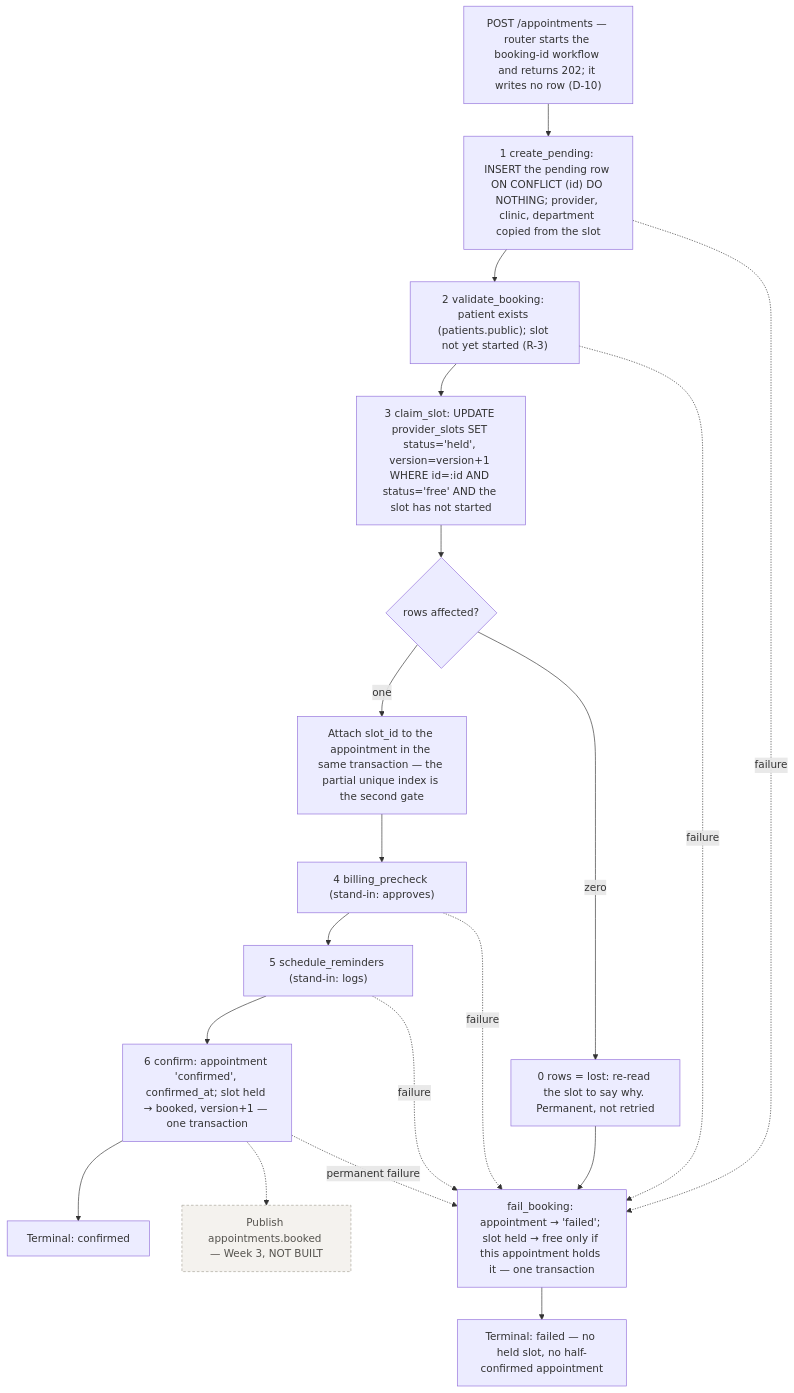
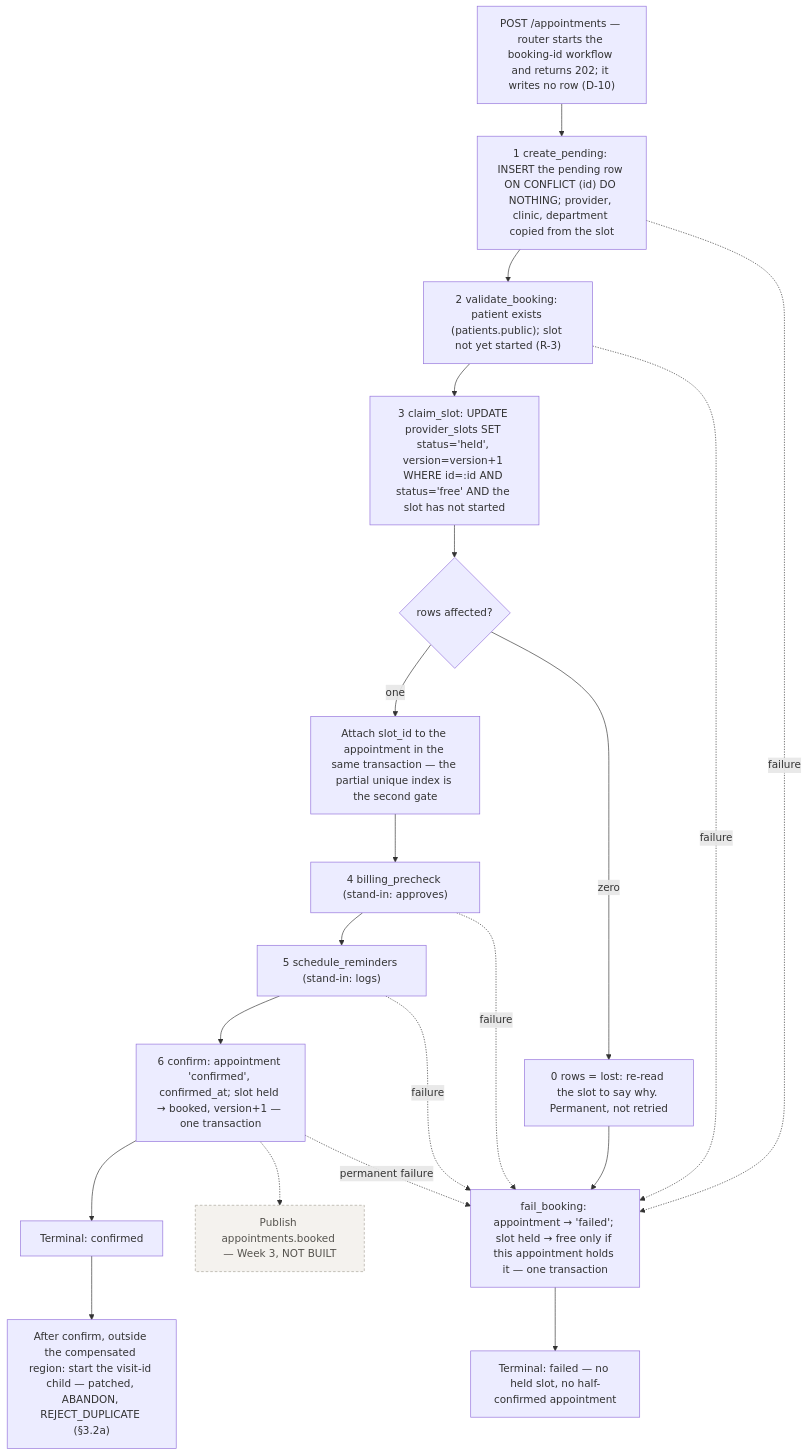
The ninth of 11 diagrams in docs/ARCHITECTURE.md (sadainiqrar/smarthealth), drawn with Mermaid before and after one commit. The commit also changed other lines of this file and 5 other files, not shown here.

````diff
--- a/docs/ARCHITECTURE.md
+++ b/docs/ARCHITECTURE.md
@@ -927,32 +1010,34 @@
 ```mermaid
 flowchart TD
     start["POST /appointments — router starts the booking-id workflow and returns 202; it writes no row (D-10)"]
     create["1 create_pending: INSERT the pending row ON CONFLICT (id) DO NOTHING; provider, clinic, department copied from the slot"]
     validate["2 validate_booking: patient exists (patients.public); slot not yet started (R-3)"]
     reserve["3 claim_slot: UPDATE provider_slots SET status='held', version=version+1 WHERE id=:id AND status='free' AND the slot has not started"]
     rows{"rows affected?"}
     conflict["0 rows = lost: re-read the slot to say why. Permanent, not retried"]
     attach["Attach slot_id to the appointment in the same transaction — the partial unique index is the second gate"]
     billing["4 billing_precheck (stand-in: approves)"]
     notify["5 schedule_reminders (stand-in: logs)"]
     confirm["6 confirm: appointment 'confirmed', confirmed_at; slot held → booked, version+1 — one transaction"]
     publish["Publish appointments.booked — Week 3, NOT BUILT"]
     done["Terminal: confirmed"]
+    visit["After confirm, outside the compensated region: start the visit-id child — patched, ABANDON, REJECT_DUPLICATE (§3.2a)"]
     comp["fail_booking: appointment → 'failed'; slot held → free only if this appointment holds it — one transaction"]
     failed["Terminal: failed — no held slot, no half-confirmed appointment"]
 
     start --> create --> validate --> reserve --> rows
     rows -->|one| attach
     rows -->|zero| conflict --> comp
     attach --> billing --> notify --> confirm --> done
     confirm -.-> publish
+    done --> visit
     create -. failure .-> comp
     validate -. failure .-> comp
     billing -. failure .-> comp
     notify -. failure .-> comp
     confirm -. permanent failure .-> comp
     comp --> failed
 
     classDef notbuilt fill:#f4f2ee,stroke:#a9a49a,stroke-dasharray:4 3,color:#55534e
     class publish notbuilt
 ```
````
